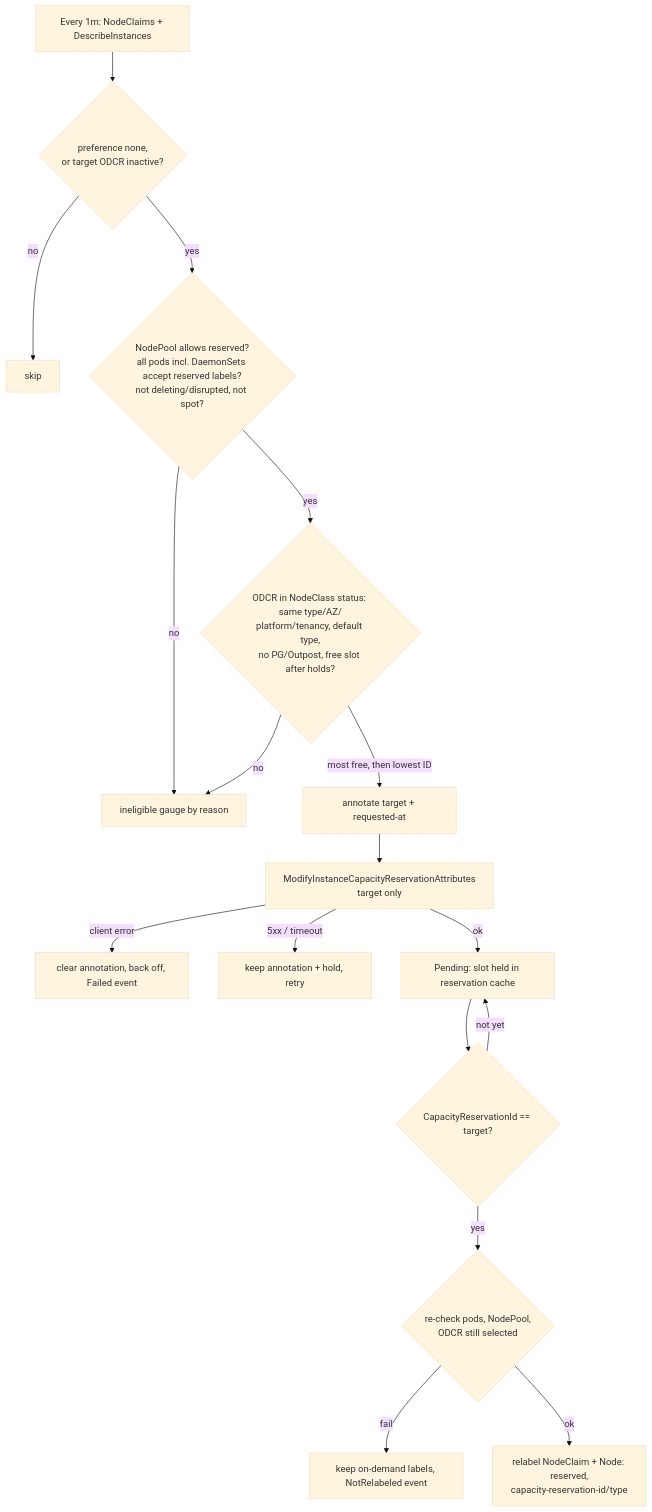
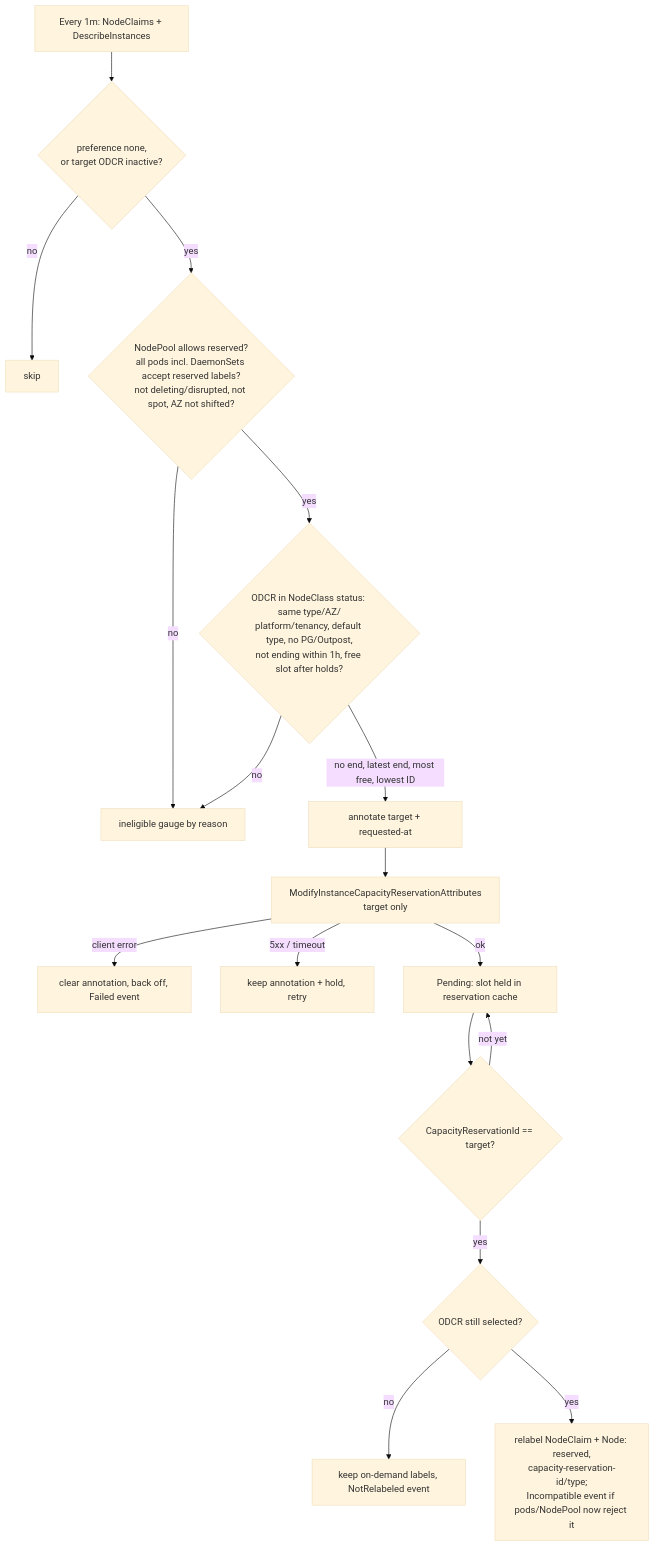
The first of 2 diagrams in designs/odcr-inplace-migration.md (Sarthug99/karpenter-provider-aws), drawn with Mermaid (base theme) before and after one commit. The commit also changed other lines of this file, not shown here.

````diff
--- a/designs/odcr-inplace-migration.md
+++ b/designs/odcr-inplace-migration.md
@@ -39,19 +39,19 @@
 ```mermaid
 flowchart TD
   A[Every 1m: NodeClaims + DescribeInstances] --> B{preference none,<br/>or target ODCR inactive?}
   B -- no --> Z[skip]
-  B -- yes --> C{NodePool allows reserved?<br/>all pods incl. DaemonSets accept reserved labels?<br/>not deleting/disrupted, not spot?}
+  B -- yes --> C{NodePool allows reserved?<br/>all pods incl. DaemonSets accept reserved labels?<br/>not deleting/disrupted, not spot, AZ not shifted?}
   C -- no --> M[ineligible gauge by reason]
-  C -- yes --> D{ODCR in NodeClass status: same type/AZ/<br/>platform/tenancy, default type,<br/>no PG/Outpost, free slot after holds?}
+  C -- yes --> D{ODCR in NodeClass status: same type/AZ/<br/>platform/tenancy, default type, no PG/Outpost,<br/>not ending within 1h, free slot after holds?}
   D -- no --> M
-  D -- most free, then lowest ID --> E[annotate target + requested-at]
+  D -- no end, latest end, most free, lowest ID --> E[annotate target + requested-at]
   E --> F[ModifyInstanceCapacityReservationAttributes<br/>target only]
   F -- client error --> G[clear annotation, back off, Failed event]
   F -- 5xx / timeout --> H[keep annotation + hold, retry]
   F -- ok --> I[Pending: slot held in reservation cache]
   I --> J{CapacityReservationId == target?}
   J -- not yet --> I
-  J -- yes --> K{re-check pods, NodePool,<br/>ODCR still selected}
-  K -- fail --> L[keep on-demand labels, NotRelabeled event]
-  K -- ok --> N[relabel NodeClaim + Node: reserved,<br/>capacity-reservation-id/type]
+  J -- yes --> K{ODCR still selected?}
+  K -- no --> L[keep on-demand labels, NotRelabeled event]
+  K -- yes --> N[relabel NodeClaim + Node: reserved,<br/>capacity-reservation-id/type;<br/>Incompatible event if pods/NodePool now reject it]
 ```
````
